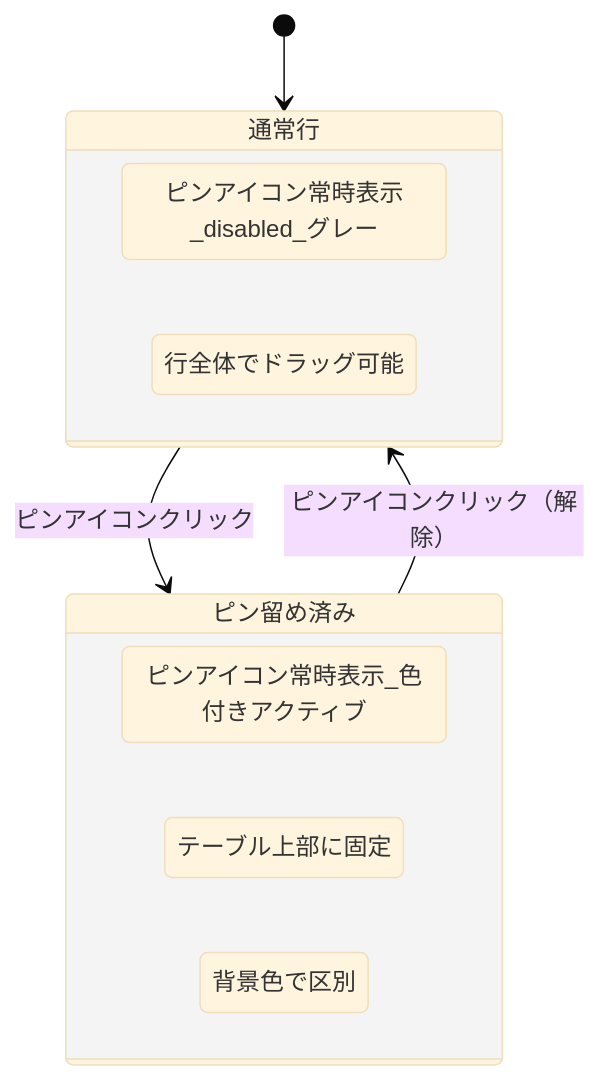
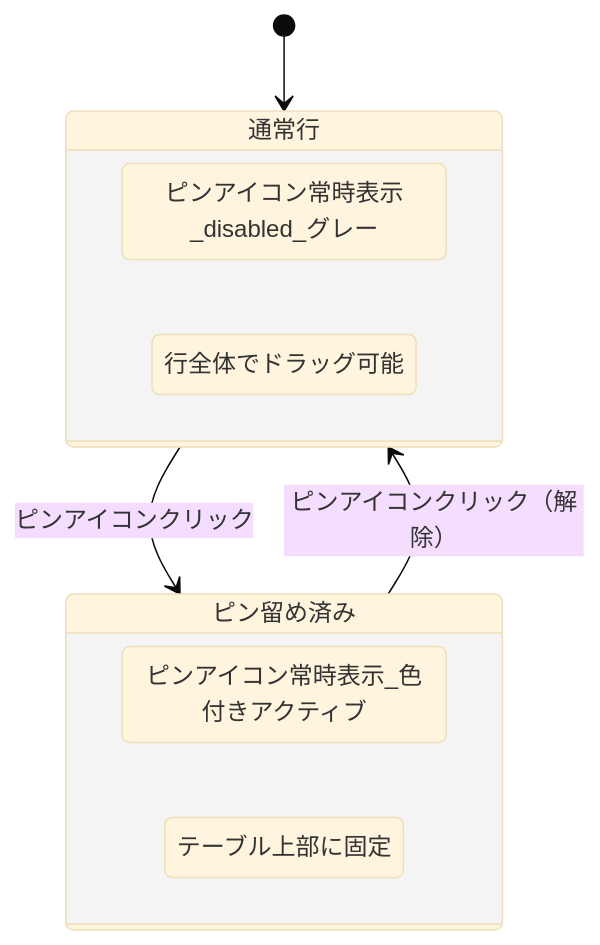
One commit to mono-yamamoto/Chumo_task-management-tool changed the first of 2 diagrams in docs/specs/dashboard/task-pin.md. Above: the diagram before and after it, drawn with Mermaid (base theme). The commit also changed other lines of this file, not shown here.

````diff
--- a/docs/specs/dashboard/task-pin.md
+++ b/docs/specs/dashboard/task-pin.md
@@ -101,20 +101,19 @@
 ```mermaid
 stateDiagram-v2
     [*] --> 通常行
 
     state 通常行 {
         direction LR
         ピンアイコン常時表示_disabled_グレー
         行全体でドラッグ可能
     }
 
     state ピン留め済み {
         direction LR
         ピンアイコン常時表示_色付きアクティブ
         テーブル上部に固定
-        背景色で区別
     }
 
     通常行 --> ピン留め済み : ピンアイコンクリック
     ピン留め済み --> 通常行 : ピンアイコンクリック（解除）
 ```
````
